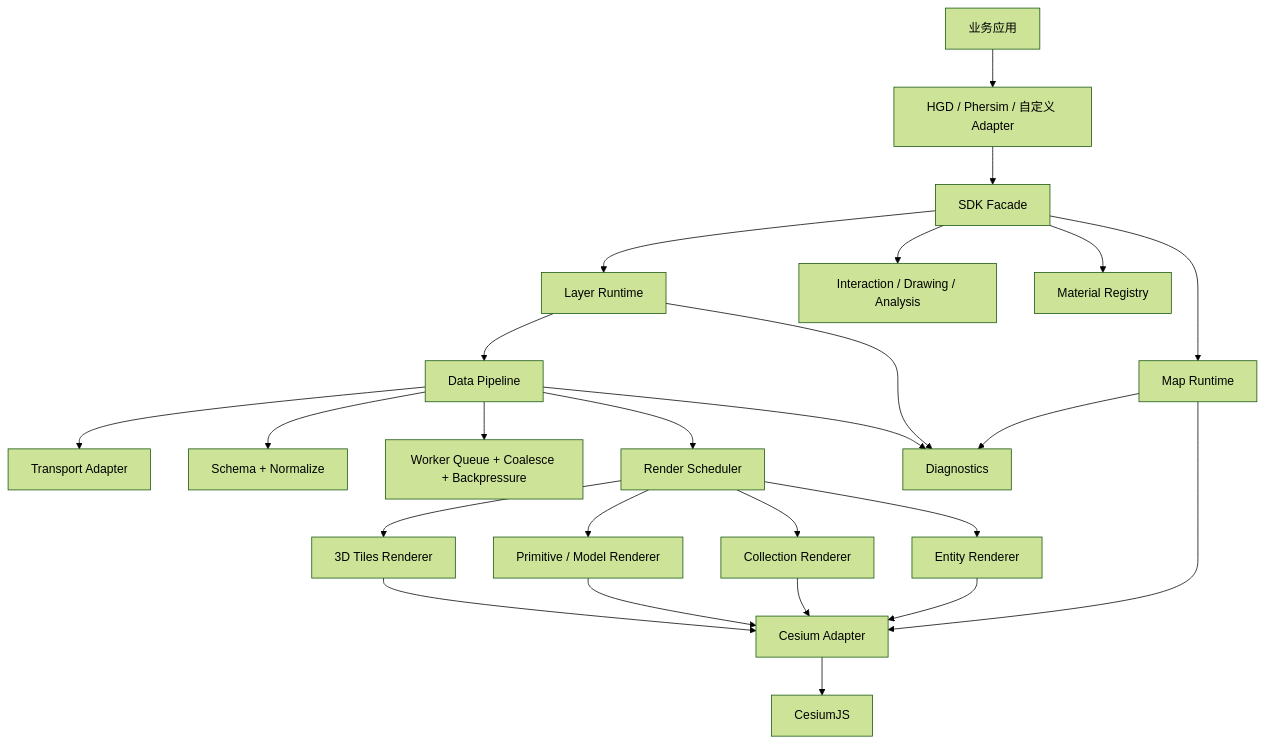
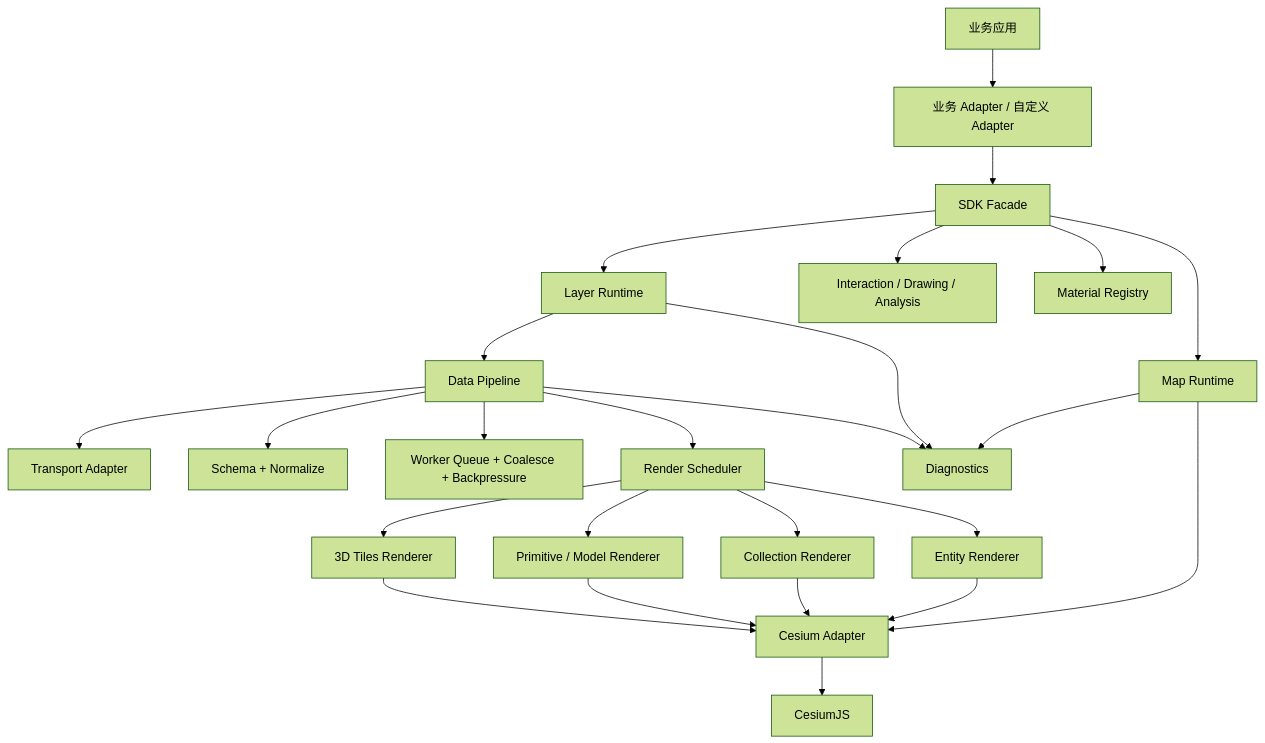
One commit to yanbobo-ONE/gis-sdk changed the diagram in docs/cesium-sdk-prd.md. Above: the diagram before and after it, drawn with Mermaid (forest theme). The commit also changed other lines of this file and 9 other files, not shown here.

````diff
--- a/docs/cesium-sdk-prd.md
+++ b/docs/cesium-sdk-prd.md
@@ -175,27 +175,27 @@
 ```mermaid
 flowchart TD
-  A["业务应用"] --> B["HGD / Phersim / 自定义 Adapter"]
+  A["业务应用"] --> B["业务 Adapter / 自定义 Adapter"]
   B --> C["SDK Facade"]
   C --> D["Map Runtime"]
   C --> E["Layer Runtime"]
   C --> F["Interaction / Drawing / Analysis"]
   C --> G["Material Registry"]
   E --> H["Data Pipeline"]
   H --> I["Transport Adapter"]
   H --> J["Schema + Normalize"]
   H --> K["Worker Queue + Coalesce + Backpressure"]
   H --> L["Render Scheduler"]
   L --> M["Entity Renderer"]
   L --> N["Collection Renderer"]
   L --> O["Primitive / Model Renderer"]
   L --> P["3D Tiles Renderer"]
   D --> Q["Cesium Adapter"]
   M --> Q
   N --> Q
   O --> Q
   P --> Q
   Q --> R["CesiumJS"]
   D --> S["Diagnostics"]
   E --> S
   H --> S
 ```
````
